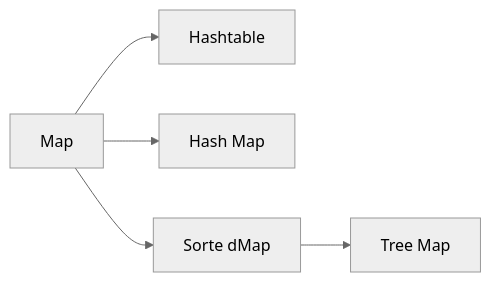
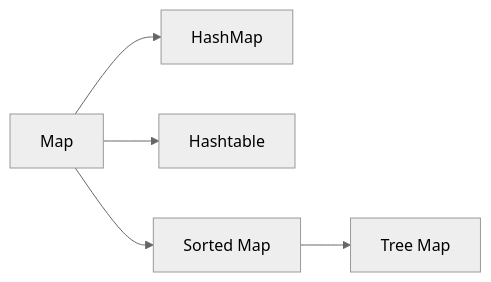
The second of 2 diagrams in 03.-back-end/01.-java.md (MyungSeok/Gitbook), drawn with Mermaid (neutral theme) before and after one commit. The commit also changed other lines of this file and 6 other files, not shown here.

````diff
--- a/03.-back-end/01.-java.md
+++ b/03.-back-end/01.-java.md
@@ -81,7 +124,7 @@
 ```mermaid
   graph LR
-  A["Map"] --> B["Hashtable"]
-  A --> C["Hash Map"]
-  A --> D["Sorte dMap"]
+  A["Map"] --> B["HashMap"]
+  A --> C["Hashtable"]
+  A --> D["Sorted Map"]
   D --> E["Tree Map"]
 ```
````
